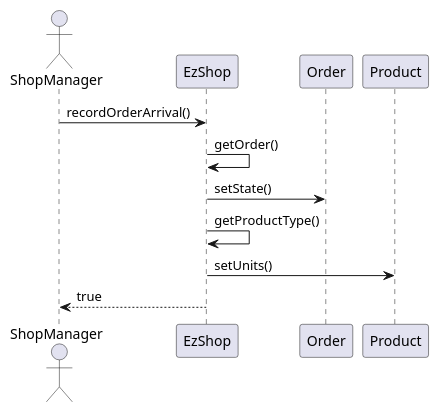
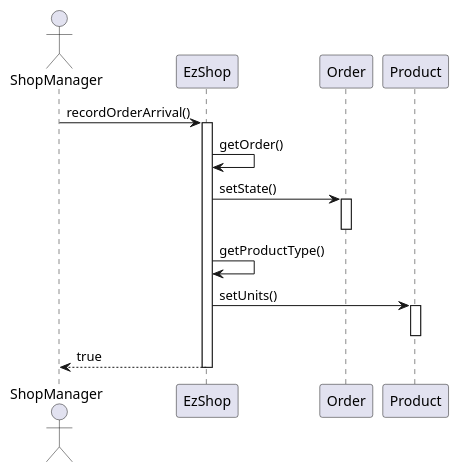
Diagram 12 of 30 in Deliverables/DesignDocument.md (paocela/EzShop), drawn with PlantUML before and after one commit. The commit also changed other lines of this file, not shown here.

Commit message:
activate/deactivate added to sequence diagrams, typos fixed

````diff
--- a/Deliverables/DesignDocument.md
+++ b/Deliverables/DesignDocument.md
@@ -422,9 +441,15 @@
 ```plantuml
 actor ShopManager
 ShopManager -> EzShop: recordOrderArrival()
+activate EzShop
 EzShop -> EzShop : getOrder()
 EzShop -> Order : setState()
+activate Order
+deactivate Order
 EzShop -> EzShop : getProductType()
 EzShop -> Product : setUnits()
+activate Product
+deactivate Product
 ShopManager <-- EzShop : true 
+deactivate EzShop
 ```
````
